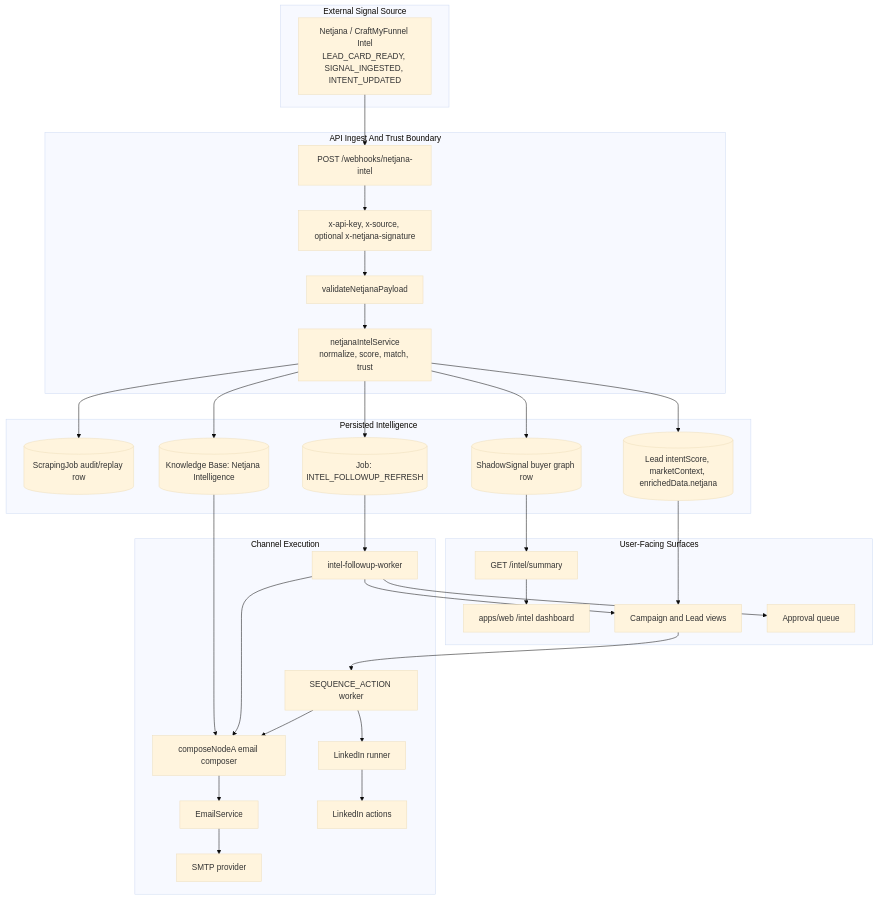
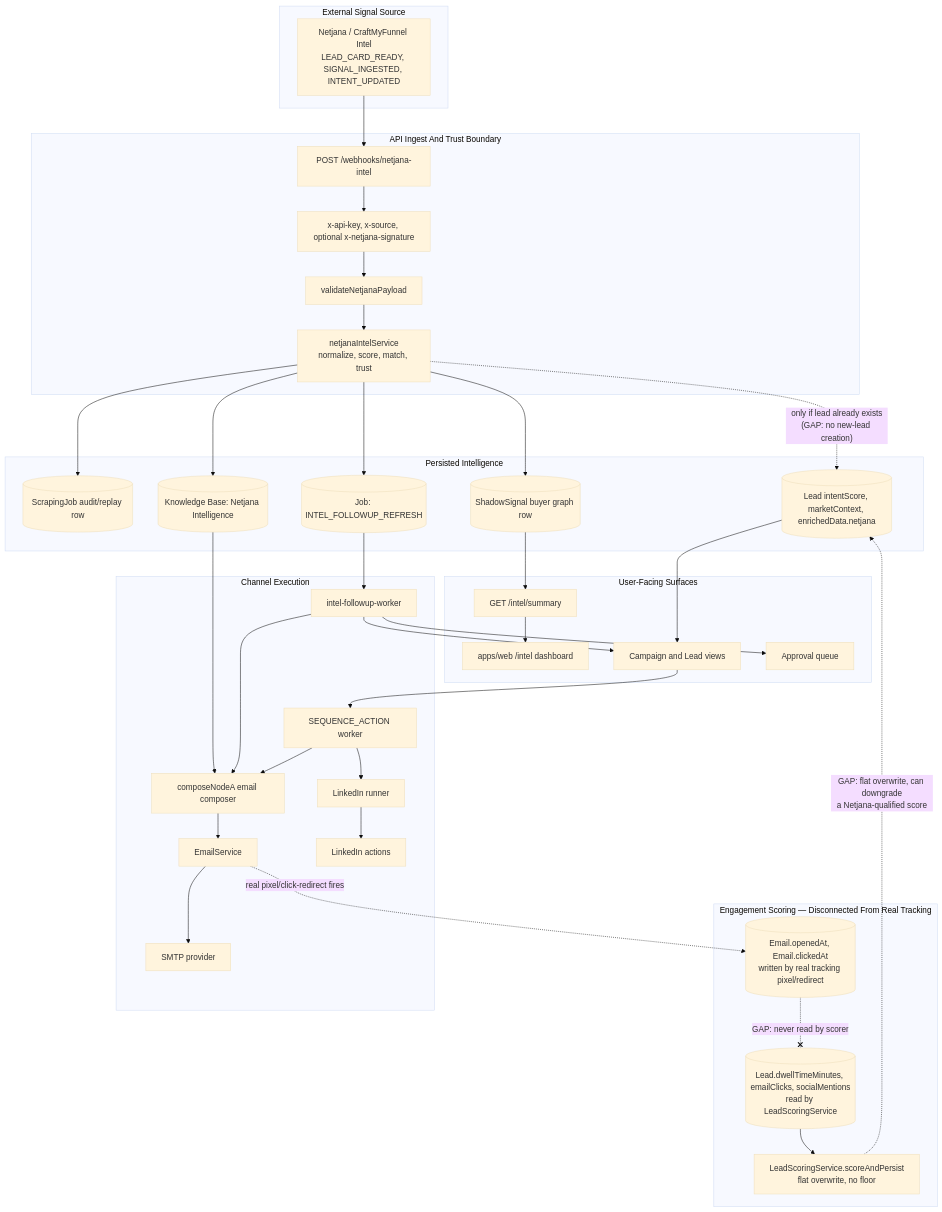
Before and after one commit to Convospanai-outreach/fullstack: the fifth of 8 diagrams in docs/architecture-diagram.md, drawn with Mermaid (base theme). The commit also changed other lines of this file and 3 other files, not shown here.

First line of the commit message:
docs: trace lead-gen/scoring reality vs marketing/architecture, log gaps, update diagrams (#260)

````diff
--- a/docs/architecture-diagram.md
+++ b/docs/architecture-diagram.md
@@ -438,65 +451,76 @@
 ```mermaid
 flowchart TB
     subgraph source["External Signal Source"]
         netjana["Netjana / CraftMyFunnel Intel<br/>LEAD_CARD_READY, SIGNAL_INGESTED, INTENT_UPDATED"]
     end
 
     subgraph ingest["API Ingest And Trust Boundary"]
         webhookRoute["POST /webhooks/netjana-intel"]
         authHeaders["x-api-key, x-source, optional x-netjana-signature"]
         validator["validateNetjanaPayload"]
         normalizer["netjanaIntelService<br/>normalize, score, match, trust"]
     end
 
     subgraph persisted["Persisted Intelligence"]
         scrapingJob[(ScrapingJob audit/replay row)]
         shadowSignal[(ShadowSignal buyer graph row)]
         leadContext[(Lead intentScore, marketContext, enrichedData.netjana)]
         intelKb[(Knowledge Base: Netjana Intelligence)]
         jobQueue[(Job: INTEL_FOLLOWUP_REFRESH)]
+    end
+
+    subgraph engagement["Engagement Scoring — Disconnected From Real Tracking"]
+        emailFields[(Email.openedAt, Email.clickedAt<br/>written by real tracking pixel/redirect)]
+        leadEngagementFields[(Lead.dwellTimeMinutes, emailClicks, socialMentions<br/>read by LeadScoringService)]
+        scoringService["LeadScoringService.scoreAndPersist<br/>flat overwrite, no floor"]
     end
 
     subgraph surfaces["User-Facing Surfaces"]
         intelApi["GET /intel/summary"]
         intelDashboard["apps/web /intel dashboard"]
         campaignPages[Campaign and Lead views]
         approvals[Approval queue]
     end
 
     subgraph channels["Channel Execution"]
         followupWorker[intel-followup-worker]
         composer[composeNodeA email composer]
         sequenceWorker[SEQUENCE_ACTION worker]
         linkedinRunner[LinkedIn runner]
         emailService[EmailService]
         smtp[SMTP provider]
         linkedin[LinkedIn actions]
     end
 
     netjana --> webhookRoute
     webhookRoute --> authHeaders
     authHeaders --> validator
     validator --> normalizer
 
     normalizer --> scrapingJob
     normalizer --> shadowSignal
-    normalizer --> leadContext
+    normalizer -. "only if lead already exists<br/>(GAP: no new-lead creation)" .-> leadContext
     normalizer --> intelKb
     normalizer --> jobQueue
 
     shadowSignal --> intelApi
     intelApi --> intelDashboard
     leadContext --> campaignPages
     intelKb --> composer
     jobQueue --> followupWorker
     followupWorker --> composer
     followupWorker --> approvals
     followupWorker --> campaignPages
 
     campaignPages --> sequenceWorker
     sequenceWorker --> linkedinRunner
     sequenceWorker --> composer
     composer --> emailService
     emailService --> smtp
     linkedinRunner --> linkedin
+
+    emailService -. "real pixel/click-redirect fires" .-> emailFields
+    emailFields -. "GAP: never read by scorer" .-x leadEngagementFields
+    leadEngagementFields --> scoringService
+    scoringService -. "GAP: flat overwrite, can downgrade<br/>a Netjana-qualified score" .-> leadContext
 ```
````
